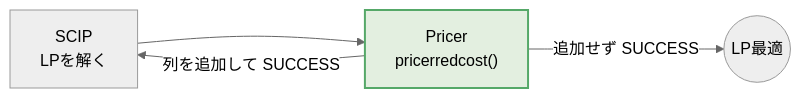
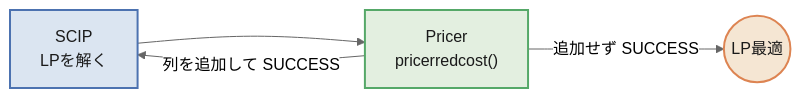
The second of 3 diagrams in articles/column-generation.md (ctenopoma/zenn-contents), drawn with Mermaid (neutral theme) before and after one commit. The commit also changed other lines of this file and 8 other files, not shown here.

````diff
--- a/articles/column-generation.md
+++ b/articles/column-generation.md
@@ -364,8 +581,10 @@
 ```mermaid
 graph LR
     A["SCIP<br/>LPを解く"] --> B["Pricer<br/>pricerredcost()"]
     B -- "列を追加して SUCCESS" --> A
     B -- "追加せず SUCCESS" --> C(("LP最適"))
 
-    style B fill:#e3efe0,stroke:#55A868,stroke-width:2px
+    style A fill:#dbe5f1,stroke:#4C72B0,stroke-width:2px,color:#1a1a1a
+    style B fill:#e3efe0,stroke:#55A868,stroke-width:2px,color:#1a1a1a
+    style C fill:#f5e6d3,stroke:#DD8452,stroke-width:2px,color:#1a1a1a
 ```
````
